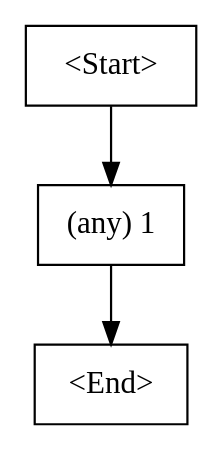
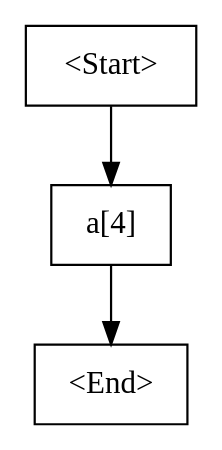
One commit to jayshiai/Cyclone changed the diagram in cfg.dot. Above: the diagram before and after it, drawn with Graphviz. The commit also changed 7 other files, not shown here.

```diff
--- a/cfg.dot
+++ b/cfg.dot
@@ -1,8 +1,8 @@
 digraph G {
     N0 [label = "<Start>" shape = box]
-    N1 [label = "(any) 1
+    N1 [label = "a[4]
 " shape = box]
     N2 [label = "<End>" shape = box]
     N0 -> N1 [label = ""]
     N1 -> N2 [label = ""]
 }
```
